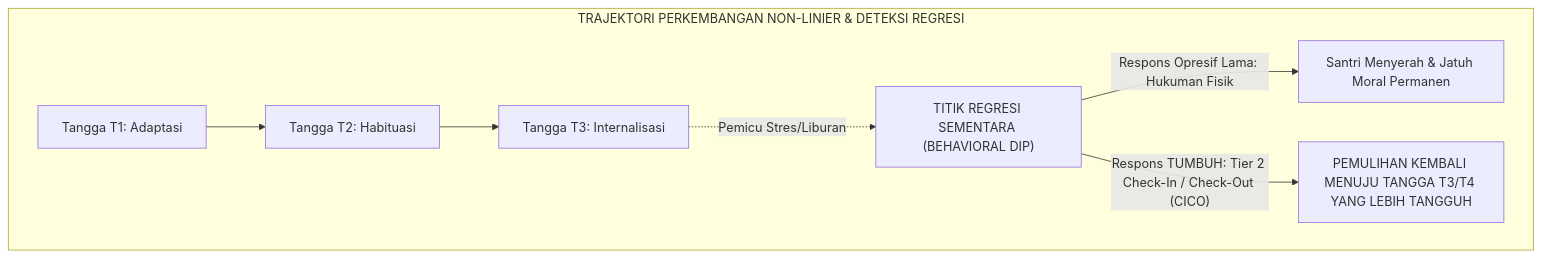
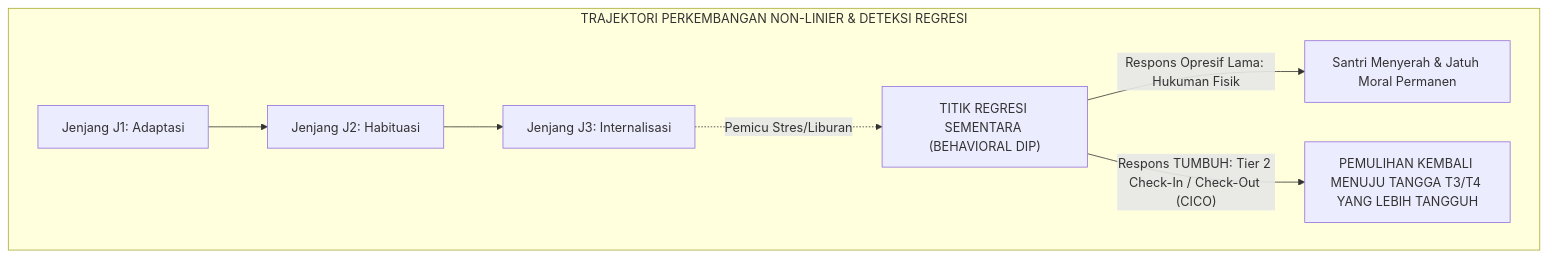
One commit to wandiapriliyandi/tumbuh changed the diagram in BOOK-SERIES/Volume-02/Bab-04-Progresi-Tangga-TUMBUH-T1-sd-T4/05-Dinamika-Transisi-dan-Penanganan-Regresi-Karakter.md. Above: the diagram before and after it, drawn with Mermaid. The commit also changed other lines of this file and 209 other files, not shown here.

````diff
--- a/BOOK-SERIES/Volume-02/Bab-04-Progresi-Tangga-TUMBUH-T1-sd-T4/05-Dinamika-Transisi-dan-Penanganan-Regresi-Karakter.md
+++ b/BOOK-SERIES/Volume-02/Bab-04-Progresi-Tangga-TUMBUH-T1-sd-T4/05-Dinamika-Transisi-dan-Penanganan-Regresi-Karakter.md
@@ -18,12 +18,12 @@
 ```mermaid
 graph TD
     subgraph TrajektoriNonLinier["TRAJEKTORI PERKEMBANGAN NON-LINIER & DETEKSI REGRESI"]
-        T1["Tangga T1: Adaptasi"] --> T2["Tangga T2: Habituasi"]
-        T2 --> T3["Tangga T3: Internalisasi"]
+        T1["Jenjang J1: Adaptasi"] --> T2["Jenjang J2: Habituasi"]
+        T2 --> T3["Jenjang J3: Internalisasi"]
         
         T3 -.->|"Pemicu Stres/Liburan"| Regresi["TITIK REGRESI SEMENTARA (BEHAVIORAL DIP)"]
         
         Regresi -->|"Respons Opresif Lama: Hukuman Fisik"| Frustrasi["Santri Menyerah & Jatuh Moral Permanen"]
         Regresi -->|"Respons TUMBUH: Tier 2 Check-In / Check-Out (CICO)"| Pulih["PEMULIHAN KEMBALI MENUJU TANGGA T3/T4 YANG LEBIH TANGGUH"]
     end
 ```
````
